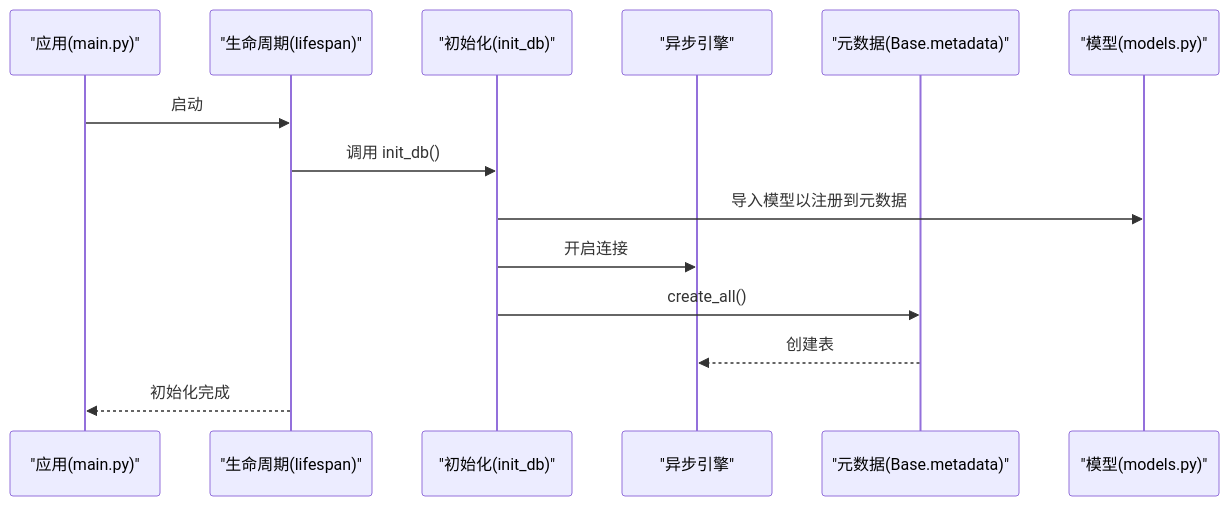
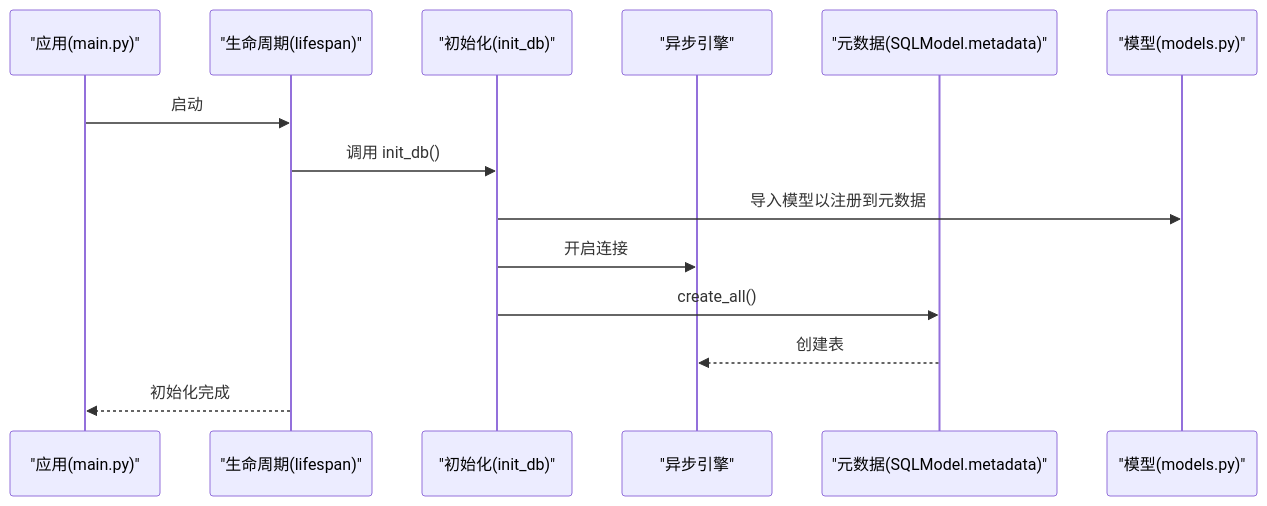
One commit to taoweidong/Hello-FastApi changed the second of 4 diagrams in .qoder/repowiki/zh/content/数据模型设计/数据库关系映射.md. Above: the diagram before and after it, drawn with Mermaid. The commit also changed other lines of this file and 11 other files, not shown here.

````diff
--- a/.qoder/repowiki/zh/content/数据模型设计/数据库关系映射.md
+++ b/.qoder/repowiki/zh/content/数据模型设计/数据库关系映射.md
@@ -107,16 +107,16 @@
 ```mermaid
 sequenceDiagram
 participant App as "应用(main.py)"
 participant Lifespan as "生命周期(lifespan)"
 participant Init as "初始化(init_db)"
 participant Engine as "异步引擎"
-participant Meta as "元数据(Base.metadata)"
+participant Meta as "元数据(SQLModel.metadata)"
 participant Models as "模型(models.py)"
 App->>Lifespan : 启动
 Lifespan->>Init : 调用 init_db()
 Init->>Models : 导入模型以注册到元数据
 Init->>Engine : 开启连接
 Init->>Meta : create_all()
 Meta-->>Engine : 创建表
 Lifespan-->>App : 初始化完成
 ```
````
